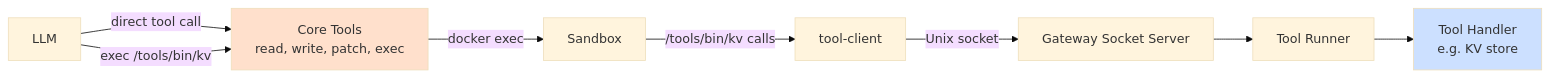
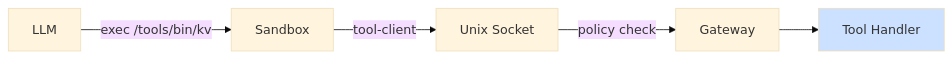
Before and after one commit to matthias-hausberger/beige: the diagram in docs/tools/index.mdx, drawn with Mermaid (base theme). The commit also changed other lines of this file and 13 other files, not shown here.

````diff
--- a/docs/tools/index.mdx
+++ b/docs/tools/index.mdx
@@ -21,13 +8,9 @@
 ```mermaid
 graph LR
-    LLM -->|direct tool call| CT[Core Tools<br/>read, write, patch, exec]
-    LLM -->|exec /tools/bin/kv| CT
-    CT -->|docker exec| SB[Sandbox]
-    SB -->|/tools/bin/kv calls| TC[tool-client]
-    TC -->|Unix socket| GW[Gateway Socket Server]
-    GW --> TR[Tool Runner]
-    TR --> HANDLER[Tool Handler<br/>e.g. KV store]
+    LLM -->|exec /tools/bin/kv| SB[Sandbox]
+    SB -->|tool-client| SOCK[Unix Socket]
+    SOCK -->|policy check| GW[Gateway]
+    GW --> HANDLER[Tool Handler]
 
-    style CT fill:#ffe0cc
     style HANDLER fill:#cce0ff
 ```
````
